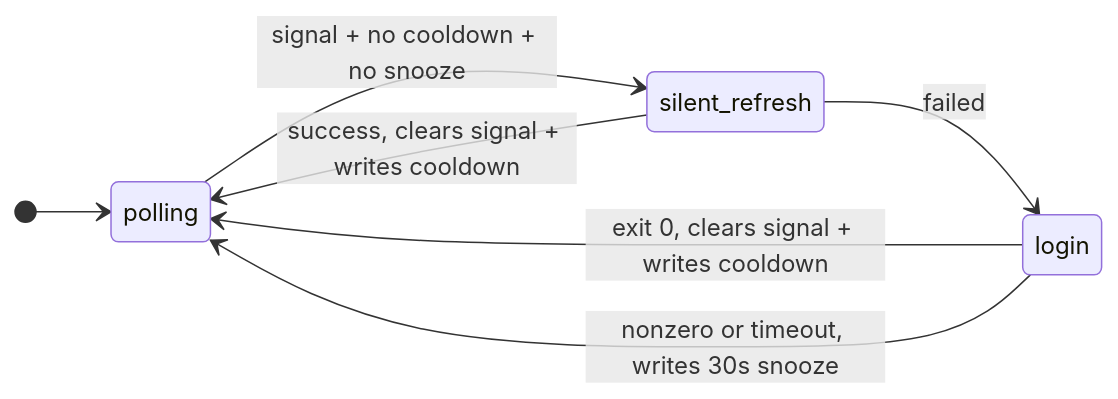
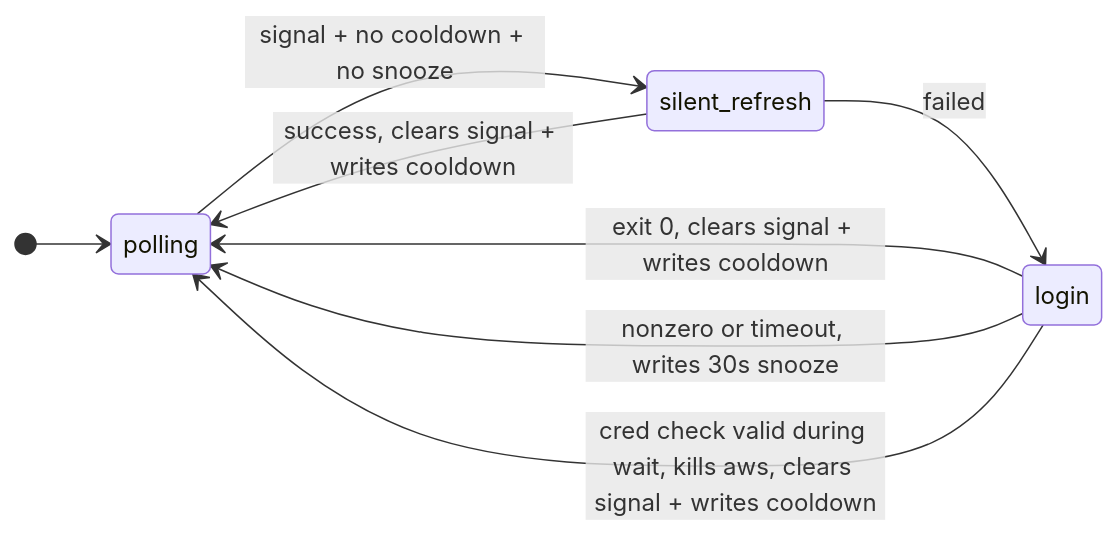
The third of 9 diagrams in docs/state-machine.md (rp-arielrodriguez/bazel-aws-maven-proxy), drawn with Mermaid before and after one commit. The commit also changed other lines of this file and 10 other files, not shown here.

````diff
--- a/docs/state-machine.md
+++ b/docs/state-machine.md
@@ -63,10 +64,11 @@
 ```mermaid
 stateDiagram-v2
     direction LR
     [*] --> polling
     polling --> silent_refresh : signal + no cooldown + no snooze
     silent_refresh --> polling : success, clears signal + writes cooldown
     silent_refresh --> login : failed
     login --> polling : exit 0, clears signal + writes cooldown
     login --> polling : nonzero or timeout, writes 30s snooze
+    login --> polling : cred check valid during wait, kills aws, clears signal + writes cooldown
 ```
````
